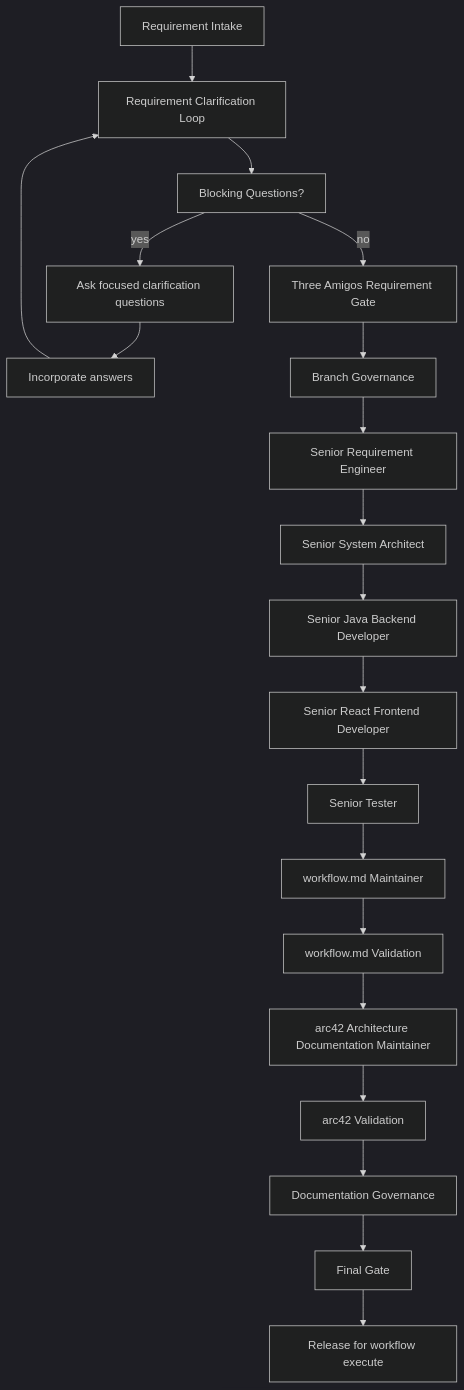
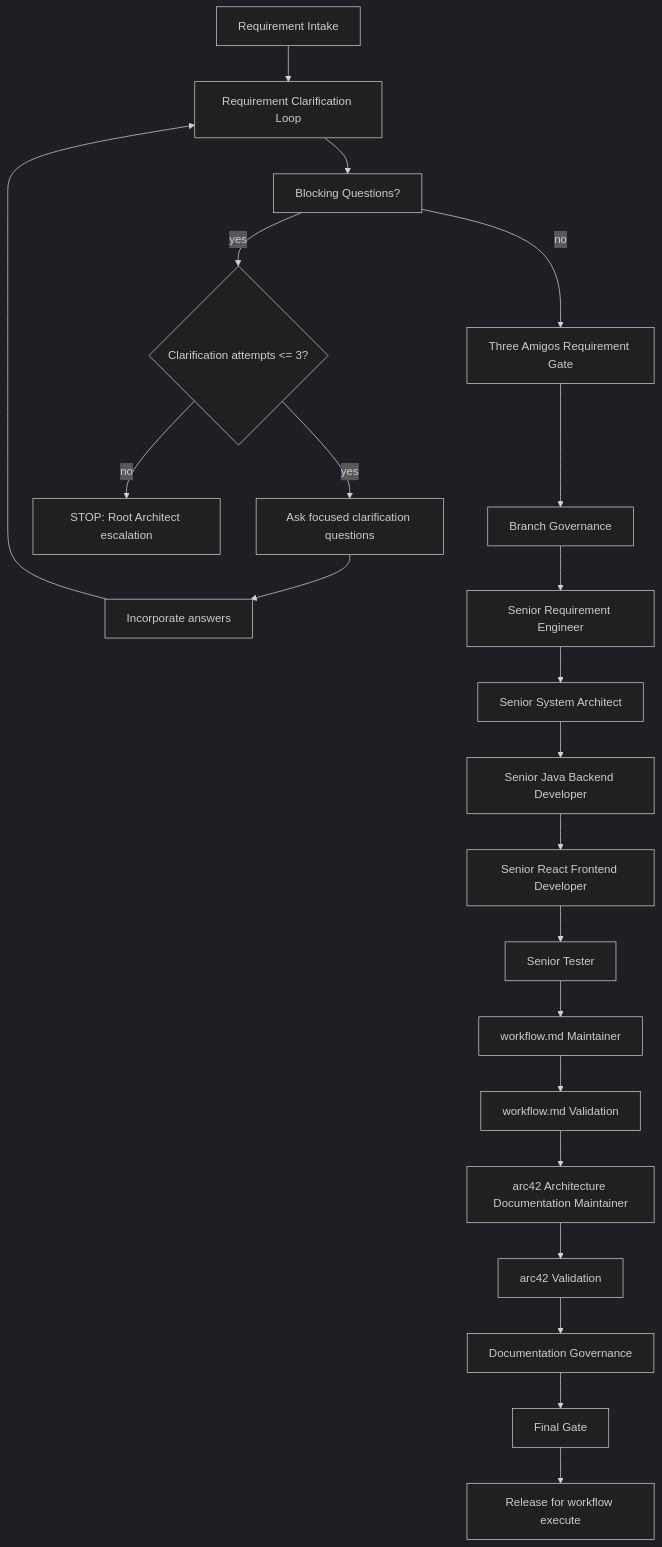
Before and after one commit to MatthiasBurger-Coder/forensic_analytics: the third of 5 diagrams in docs/agents/agent-governance.md, drawn with Mermaid (dark theme). The commit also changed other lines of this file and 18 other files, not shown here.

````diff
--- a/docs/agents/agent-governance.md
+++ b/docs/agents/agent-governance.md
@@ -113,26 +113,30 @@
 ```mermaid
 flowchart TD
   Intake["Requirement Intake"]
   Clarify["Requirement Clarification Loop"]
   Blocking["Blocking Questions?"]
+  Retry{"Clarification attempts <= 3?"}
   Ask["Ask focused clarification questions"]
   Incorporate["Incorporate answers"]
+  Escalate["STOP: Root Architect escalation"]
   Gate["Three Amigos Requirement Gate"]
   Branch["Branch Governance"]
   Req["Senior Requirement Engineer"]
   Architect["Senior System Architect"]
   Java["Senior Java Backend Developer"]
   React["Senior React Frontend Developer"]
   Tester["Senior Tester"]
   Workflow["workflow.md Maintainer"]
   Arc42["arc42 Architecture Documentation Maintainer"]
   WorkflowCheck["workflow.md Validation"]
   Arc42Check["arc42 Validation"]
   Docs["Documentation Governance"]
   Final["Final Gate"]
   Release["Release for workflow execute"]
 
   Intake --> Clarify --> Blocking
-  Blocking -->|yes| Ask --> Incorporate --> Clarify
+  Blocking -->|yes| Retry
+  Retry -->|yes| Ask --> Incorporate --> Clarify
+  Retry -->|no| Escalate
   Blocking -->|no| Gate --> Branch --> Req --> Architect --> Java --> React --> Tester --> Workflow --> WorkflowCheck --> Arc42 --> Arc42Check --> Docs --> Final --> Release
 ```
````
